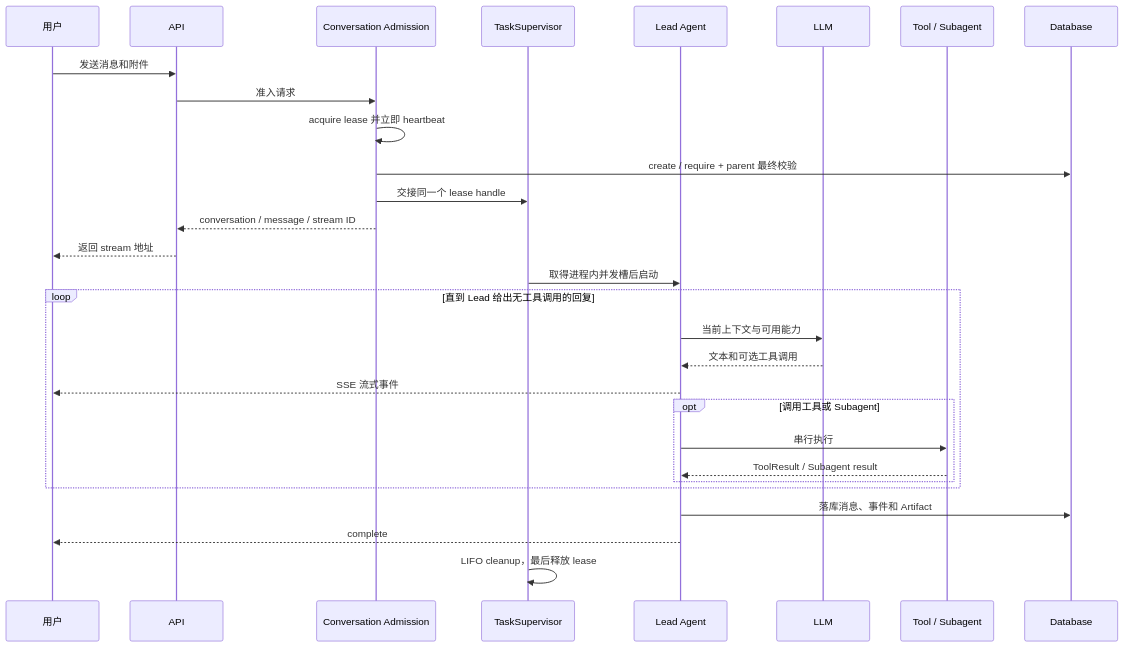
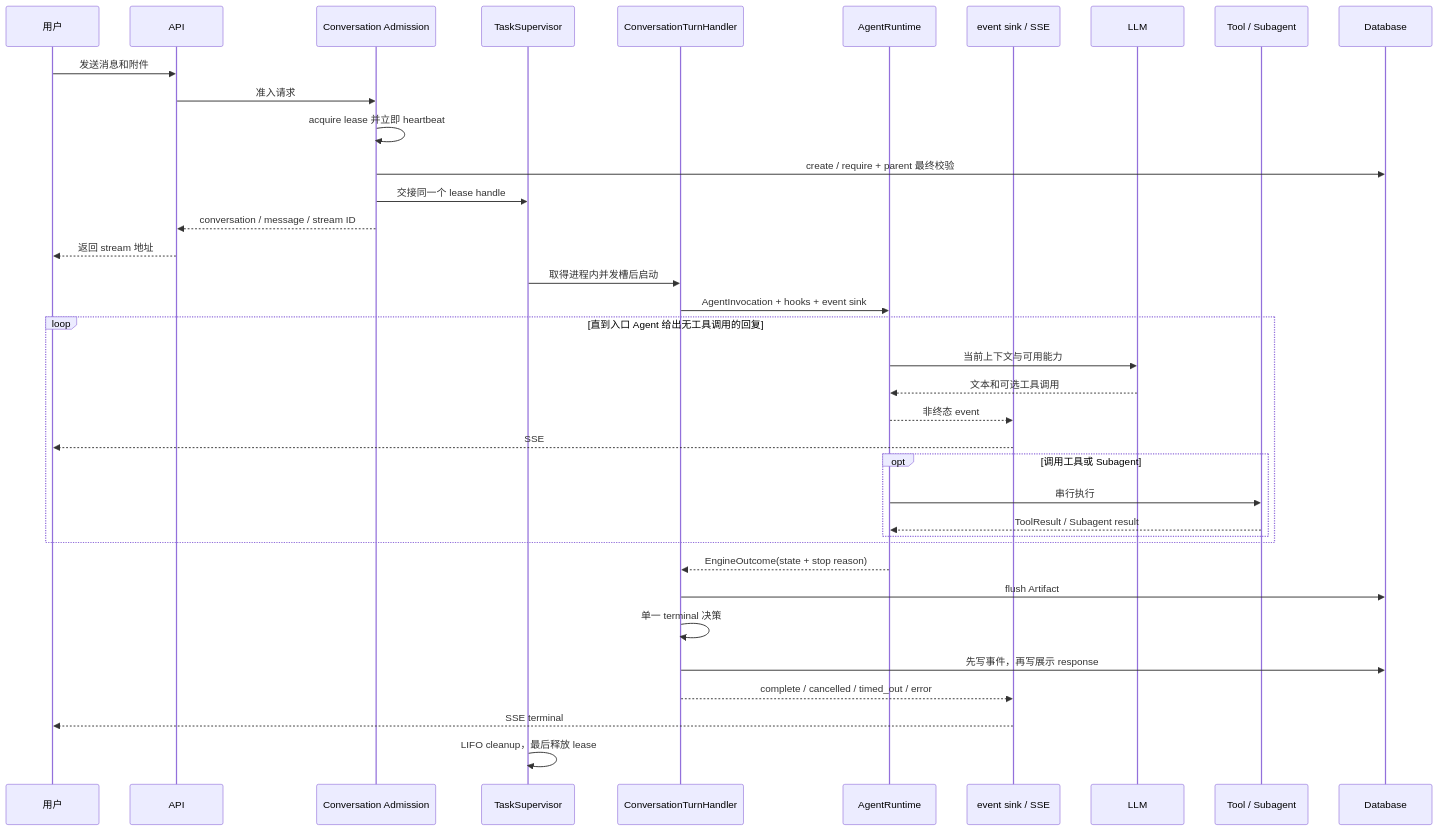
Before and after one commit to Neutrino1998/artifact-flow: the second of 3 diagrams in docs/how-it-works.md, drawn with Mermaid. The commit also changed other lines of this file and 12 other files, not shown here.

Commit message:
test(runtime): complete phase E automated acceptance

````diff
--- a/docs/how-it-works.md
+++ b/docs/how-it-works.md
@@ -33,32 +33,40 @@
 ```mermaid
 sequenceDiagram
     participant User as 用户
     participant API as API
     participant Admission as Conversation Admission
     participant Supervisor as TaskSupervisor
-    participant Lead as Lead Agent
+    participant Handler as ConversationTurnHandler
+    participant Runtime as AgentRuntime
+    participant Stream as event sink / SSE
     participant Model as LLM
     participant Tool as Tool / Subagent
     participant DB as Database
 
     User->>API: 发送消息和附件
     API->>Admission: 准入请求
     Admission->>Admission: acquire lease 并立即 heartbeat
     Admission->>DB: create / require + parent 最终校验
     Admission->>Supervisor: 交接同一个 lease handle
     Admission-->>API: conversation / message / stream ID
     API-->>User: 返回 stream 地址
-    Supervisor->>Lead: 取得进程内并发槽后启动
-    loop 直到 Lead 给出无工具调用的回复
-        Lead->>Model: 当前上下文与可用能力
-        Model-->>Lead: 文本和可选工具调用
-        Lead-->>User: SSE 流式事件
+    Supervisor->>Handler: 取得进程内并发槽后启动
+    Handler->>Runtime: AgentInvocation + hooks + event sink
+    loop 直到入口 Agent 给出无工具调用的回复
+        Runtime->>Model: 当前上下文与可用能力
+        Model-->>Runtime: 文本和可选工具调用
+        Runtime-->>Stream: 非终态 event
+        Stream-->>User: SSE
         opt 调用工具或 Subagent
-            Lead->>Tool: 串行执行
-            Tool-->>Lead: ToolResult / Subagent result
+            Runtime->>Tool: 串行执行
+            Tool-->>Runtime: ToolResult / Subagent result
         end
     end
-    Lead->>DB: 落库消息、事件和 Artifact
-    Lead-->>User: complete
+    Runtime-->>Handler: EngineOutcome(state + stop reason)
+    Handler->>DB: flush Artifact
+    Handler->>Handler: 单一 terminal 决策
+    Handler->>DB: 先写事件，再写展示 response
+    Handler-->>Stream: complete / cancelled / timed_out / error
+    Stream-->>User: SSE terminal
     Supervisor->>Supervisor: LIFO cleanup，最后释放 lease
 ```
````
